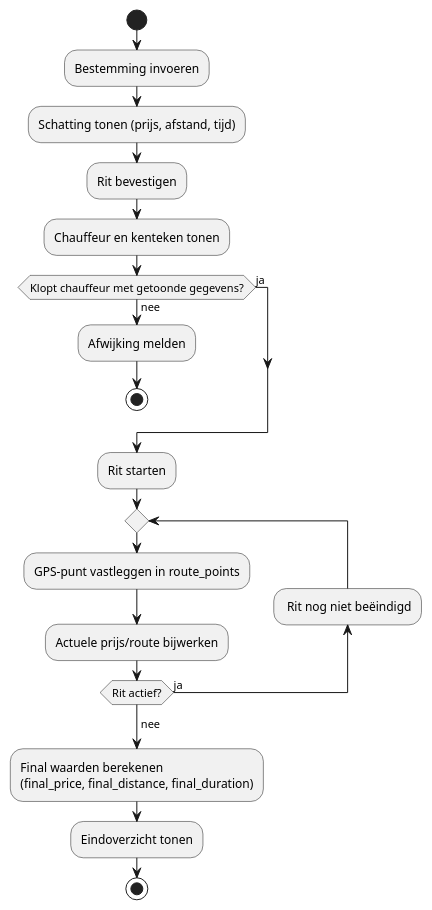
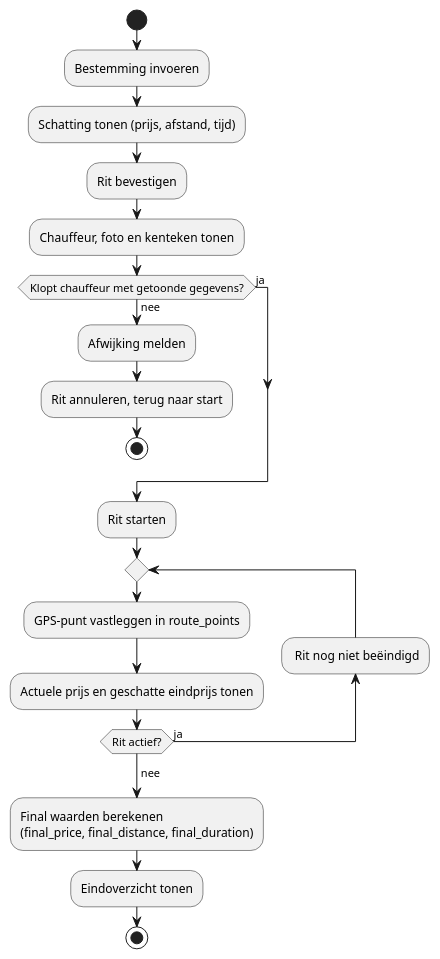
One commit to osamalasmi/hackathons-26 changed the second of 2 diagrams in hitchtracker/design/design.md. Above: the diagram before and after it, drawn with PlantUML. The commit also changed other lines of this file and 3 other files, not shown here.

Commit message:
docs: improve design justification, ERD and use case consistency

````diff
--- a/hitchtracker/design/design.md
+++ b/hitchtracker/design/design.md
@@ -186,25 +210,26 @@
 ```plantuml
 @startuml
 start
 :Bestemming invoeren;
 :Schatting tonen (prijs, afstand, tijd);
 :Rit bevestigen;
-:Chauffeur en kenteken tonen;
+:Chauffeur, foto en kenteken tonen;
 if (Klopt chauffeur met getoonde gegevens?) then (nee)
   :Afwijking melden;
+  :Rit annuleren, terug naar start;
   stop
 else (ja)
 endif
 :Rit starten;
 repeat
   :GPS-punt vastleggen in route_points;
-  :Actuele prijs/route bijwerken;
+  :Actuele prijs en geschatte eindprijs tonen;
 backward: Rit nog niet beëindigd;
 repeat while (Rit actief?) is (ja)
 ->nee;
 :Final waarden berekenen
 (final_price, final_distance, final_duration);
 :Eindoverzicht tonen;
 stop
 @enduml
 ```
````
